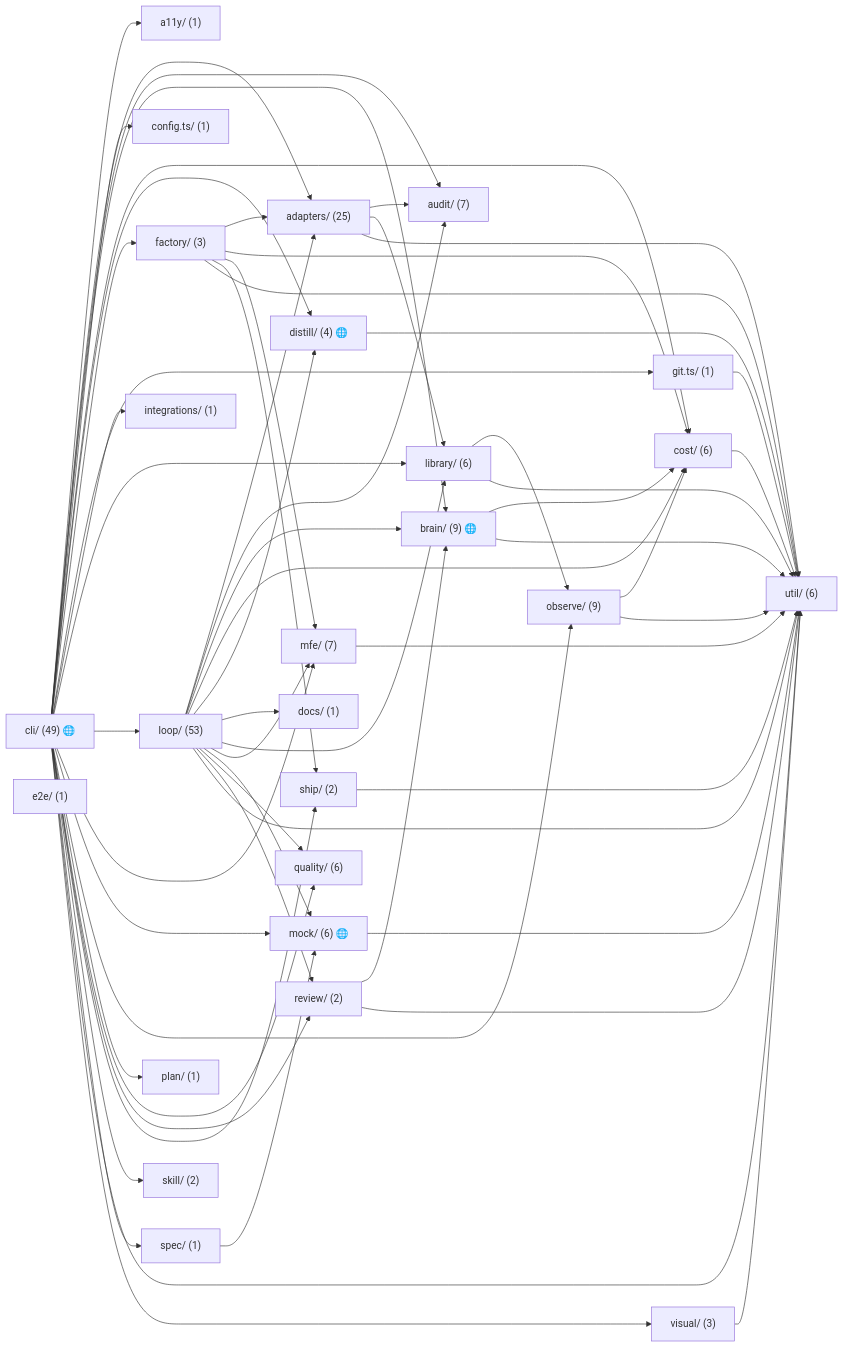
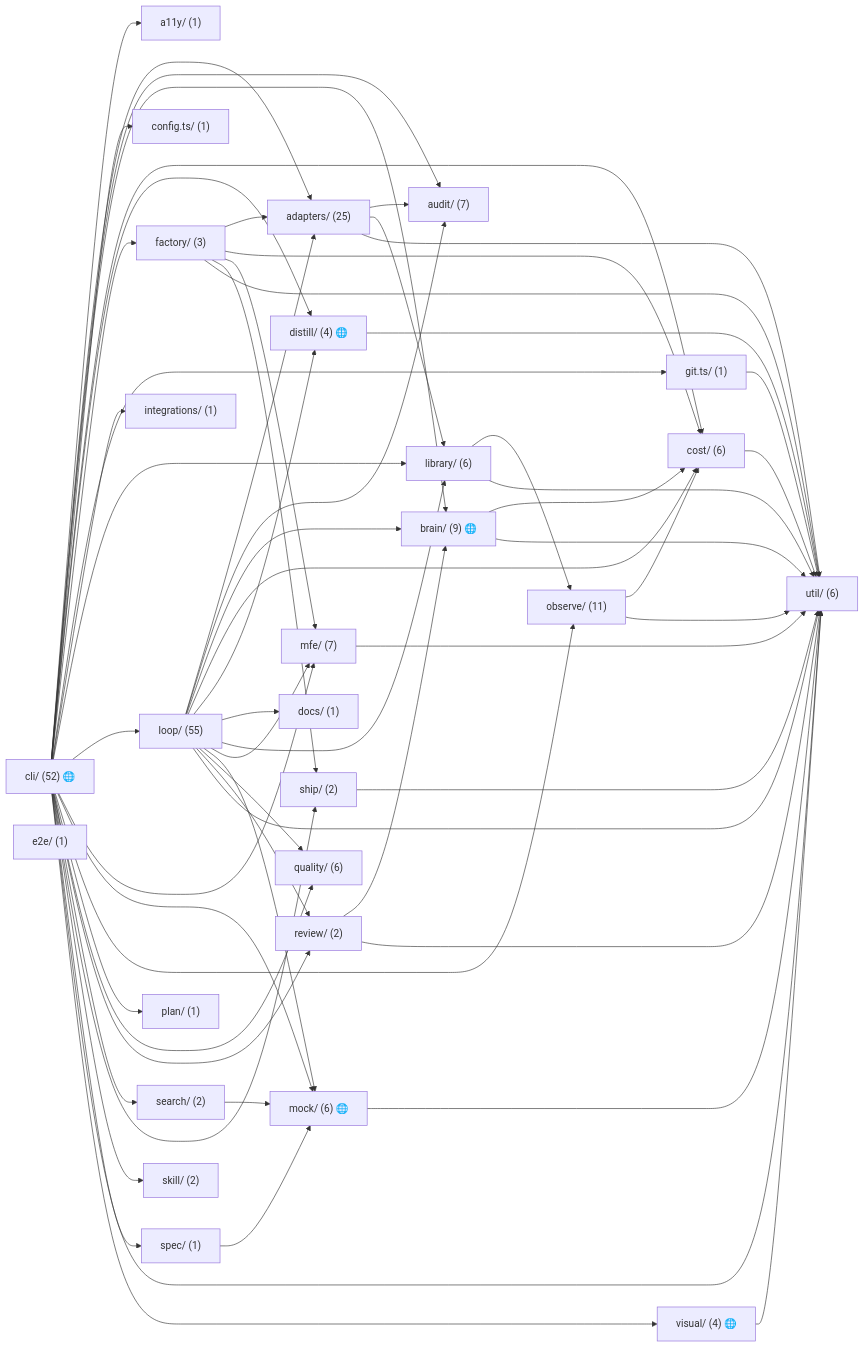
Before and after one commit to MaciekBrzeski/probevane: the diagram in docs/wiki/project-probevane.md, drawn with Mermaid. The commit also changed other lines of this file and 5 other files, not shown here.

```diff
--- a/docs/wiki/project-probevane.md
+++ b/docs/wiki/project-probevane.md
@@ -455,7 +422,7 @@
   adapters["adapters/ (25)"]
   audit["audit/ (7)"]
   brain["brain/ (9) 🌐"]
-  cli["cli/ (49) 🌐"]
+  cli["cli/ (52) 🌐"]
   config_ts["config.ts/ (1)"]
   cost["cost/ (6)"]
   distill["distill/ (4) 🌐"]
@@ -465,18 +432,19 @@
   git_ts["git.ts/ (1)"]
   integrations["integrations/ (1)"]
   library["library/ (6)"]
-  loop["loop/ (53)"]
+  loop["loop/ (55)"]
   mfe["mfe/ (7)"]
   mock["mock/ (6) 🌐"]
-  observe["observe/ (9)"]
+  observe["observe/ (11)"]
   plan["plan/ (1)"]
   quality["quality/ (6)"]
   review["review/ (2)"]
+  search["search/ (2)"]
   ship["ship/ (2)"]
   skill["skill/ (2)"]
   spec["spec/ (1)"]
   util["util/ (6)"]
-  visual["visual/ (3)"]
+  visual["visual/ (4) 🌐"]
   adapters --> audit
   adapters --> library
   adapters --> util
@@ -500,6 +468,7 @@
   cli --> plan
   cli --> quality
   cli --> review
+  cli --> search
   cli --> ship
   cli --> skill
   cli --> spec
@@ -533,6 +502,7 @@
   observe --> util
   review --> brain
   review --> util
+  search --> mock
   ship --> util
   spec --> mock
   visual --> util
```
